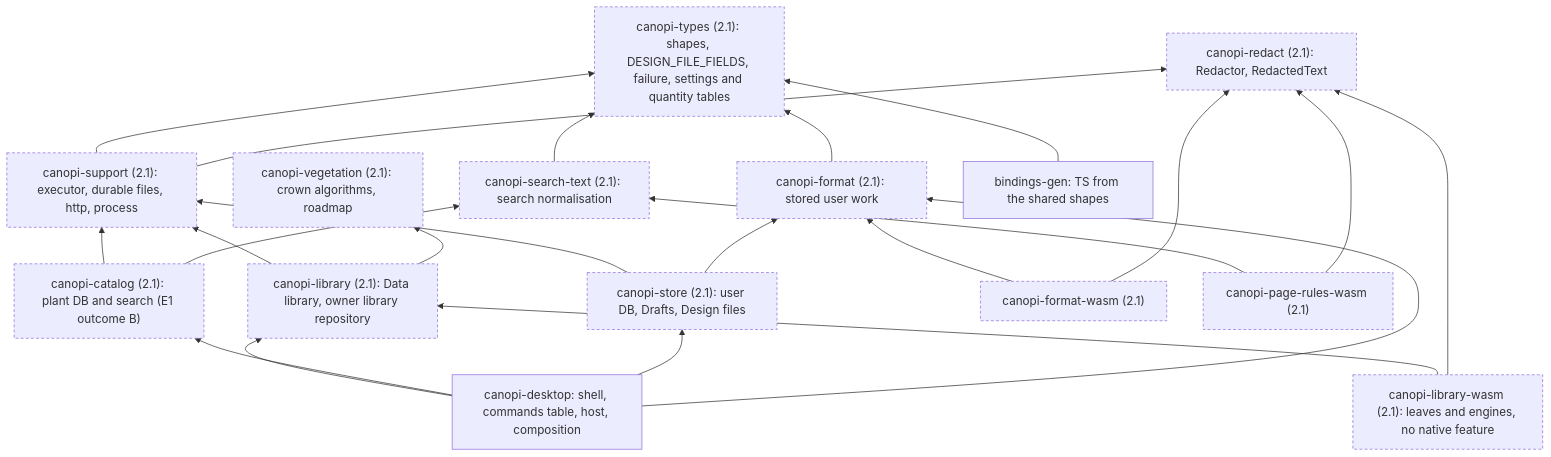
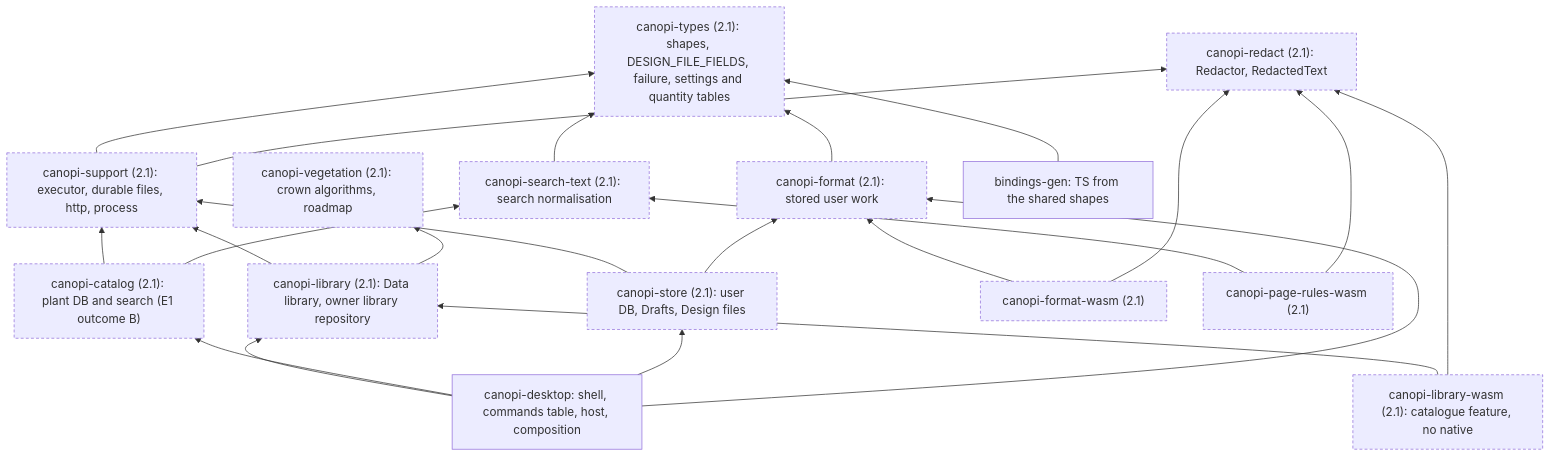
One commit to opencanopi/canopi changed the seventh of 8 diagrams in docs/architecture/components.md. Above: the diagram before and after it, drawn with Mermaid. The commit also changed other lines of this file and 27 other files, not shown here.

Commit message:
docs: state the prototype outcomes in the architecture model and link it from AGENTS.md

````diff
--- a/docs/architecture/components.md
+++ b/docs/architecture/components.md
@@ -261,39 +263,39 @@
 ```mermaid
 flowchart BT
   classDef target stroke-dasharray: 4 3
   types["canopi-types (2.1): shapes, DESIGN_FILE_FIELDS, failure, settings and quantity tables"]:::target
   fmt["canopi-format (2.1): stored user work"]:::target
   st["canopi-search-text (2.1): search normalisation"]:::target
   sup["canopi-support (2.1): executor, durable files, http, process"]:::target
   veg["canopi-vegetation (2.1): crown algorithms, roadmap"]:::target
   lib["canopi-library (2.1): Data library, owner library repository"]:::target
   cat["canopi-catalog (2.1): plant DB and search (E1 outcome B)"]:::target
   store["canopi-store (2.1): user DB, Drafts, Design files"]:::target
   desk["canopi-desktop: shell, commands table, host, composition"]
   bg["bindings-gen: TS from the shared shapes"]
   fw["canopi-format-wasm (2.1)"]:::target
   sw["canopi-page-rules-wasm (2.1)"]:::target
   rd["canopi-redact (2.1): Redactor, RedactedText"]:::target
-  lw["canopi-library-wasm (2.1): leaves and engines, no native feature"]:::target
+  lw["canopi-library-wasm (2.1): catalogue feature, no native"]:::target
   fmt --> types
   st --> types
   sup --> types
   lib --> sup
   lib --> veg
   cat --> sup
   cat --> st
   store --> sup
   store --> fmt
   desk --> lib
   desk --> cat
   desk --> store
   desk --> fmt
   bg --> types
   fw --> fmt
   sw --> st
   lw --> lib
   sup --> rd
   fw --> rd
   sw --> rd
   lw --> rd
 ```
````
